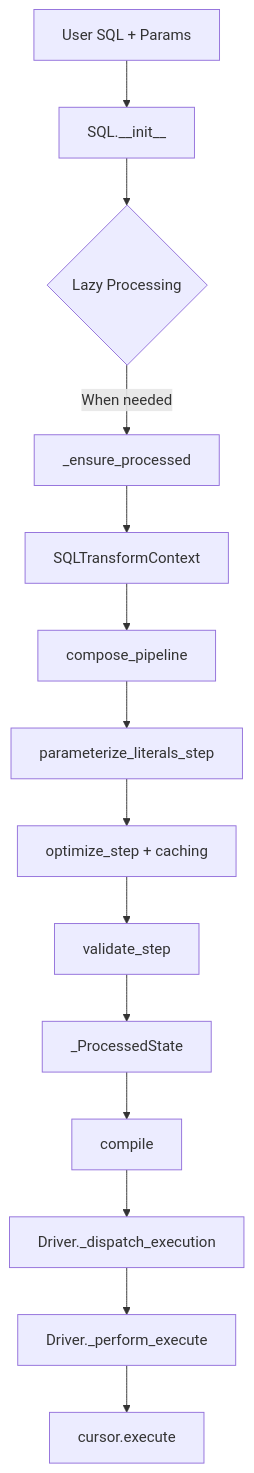
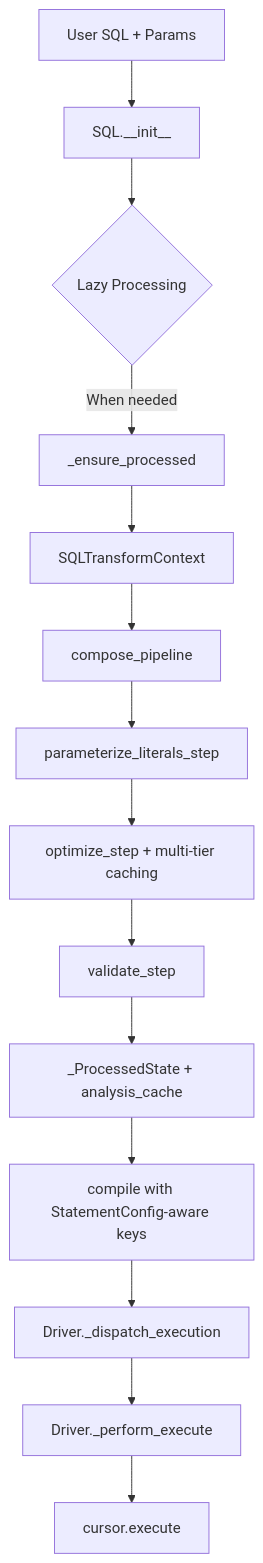
The diagram in docs/cheat_sheet/quick-reference.md (litestar-org/sqlspec), drawn with Mermaid before and after one commit. The commit also changed other lines of this file and 6 other files, not shown here.

````diff
--- a/docs/cheat_sheet/quick-reference.md
+++ b/docs/cheat_sheet/quick-reference.md
@@ -58,16 +74,16 @@
 ```mermaid
 graph TD
     A[User SQL + Params] --> B[SQL.__init__]
     B --> C{Lazy Processing}
     C -->|When needed| D[_ensure_processed]
     D --> E[SQLTransformContext]
     E --> F[compose_pipeline]
     F --> G[parameterize_literals_step]
-    G --> H[optimize_step + caching]
+    G --> H[optimize_step + multi-tier caching]
     H --> I[validate_step]
-    I --> J[_ProcessedState]
-    J --> K[compile]
+    I --> J[_ProcessedState + analysis_cache]
+    J --> K[compile with StatementConfig-aware keys]
     K --> L[Driver._dispatch_execution]
     L --> M[Driver._perform_execute]
     M --> N[cursor.execute]
 ```
````
